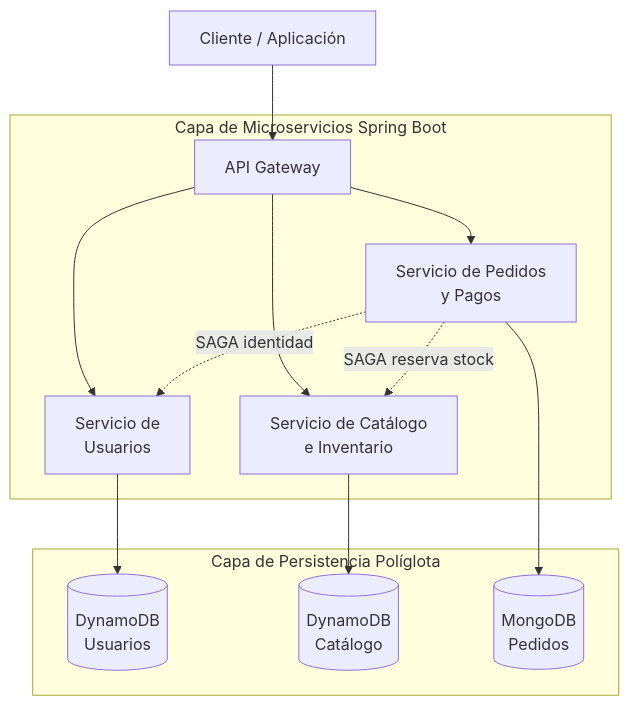
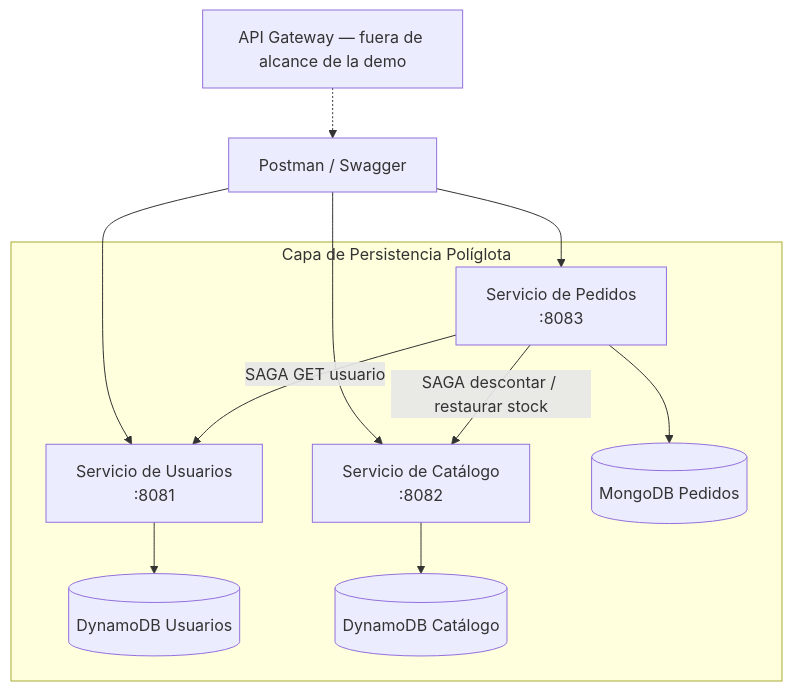
One commit to MGM1989/Microservicios-ShopExpress changed the first of 4 diagrams in README.md. Above: the diagram before and after it, drawn with Mermaid. The commit also changed other lines of this file and 49 other files, not shown here.

Commit message:
Orquesta pedidos con CoR y SAGA HTTP, y deja la demo en Postman. Pedidos persiste la orden, reserva stock y compensa si el pago falla; el README documenta la orquestación síncrona y el seed permite repetir el guion.

````diff
--- a/README.md
+++ b/README.md
@@ -36,19 +36,17 @@
 ```mermaid
 graph TD
-    Client["Cliente / Aplicación"] --> API["API Gateway"]
+    Client["Postman / Swagger"] --> SU["Servicio de Usuarios<br/>:8081"]
+    Client --> SC["Servicio de Catálogo<br/>:8082"]
+    Client --> SP["Servicio de Pedidos<br/>:8083"]
 
-    subgraph MICRO["Capa de Microservicios Spring Boot"]
-        API --> SU["Servicio de<br/>Usuarios"]
-        API --> SC["Servicio de Catálogo<br/>e Inventario"]
-        API --> SP["Servicio de Pedidos<br/>y Pagos"]
+    subgraph DATA["Capa de Persistencia Políglota"]
+        SU --> DB_DynU[("DynamoDB Usuarios")]
+        SC --> DB_DynC[("DynamoDB Catálogo")]
+        SP --> DB_Mongo[("MongoDB Pedidos")]
     end
 
-    subgraph DATA["Capa de Persistencia Políglota"]
-        SU --> DB_DynU[("DynamoDB<br/>Usuarios")]
-        SC --> DB_DynC[("DynamoDB<br/>Catálogo")]
-        SP --> DB_Mongo[("MongoDB<br/>Pedidos")]
-    end
+    SP -->|SAGA GET usuario| SU
+    SP -->|SAGA descontar / restaurar stock| SC
 
-    SP -.->|SAGA identidad| SU
-    SP -.->|SAGA reserva stock| SC
+    GW["API Gateway — fuera de alcance de la demo"] -.-> Client
 ```
````
